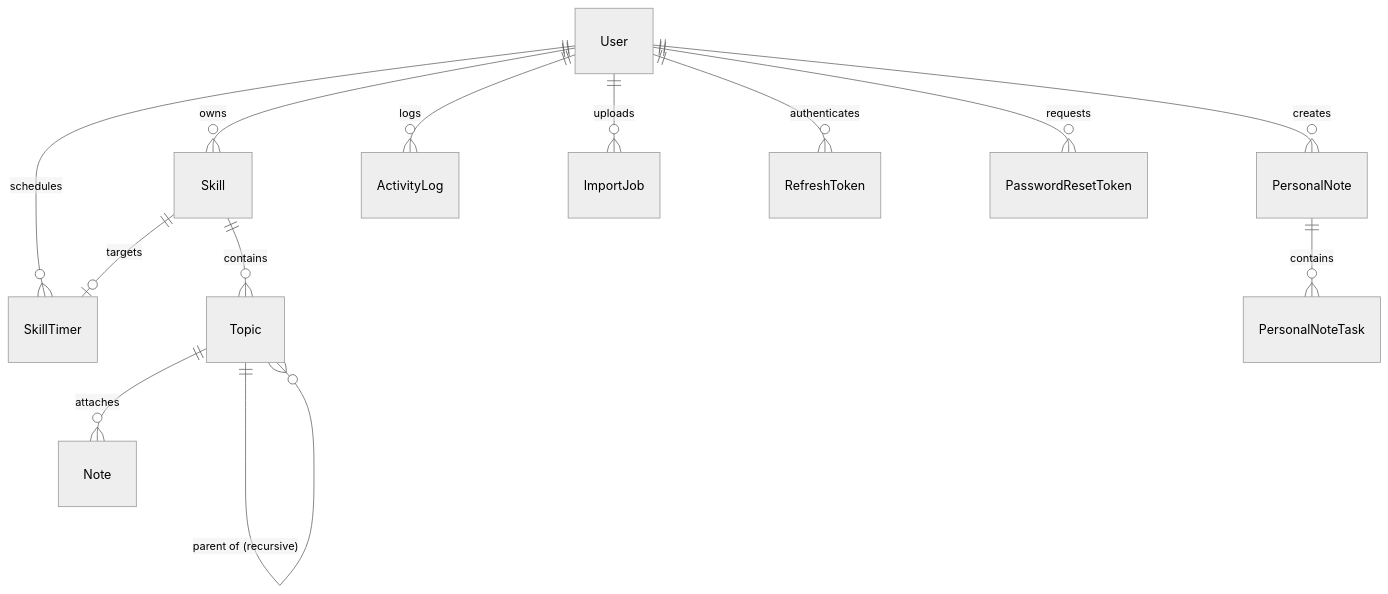
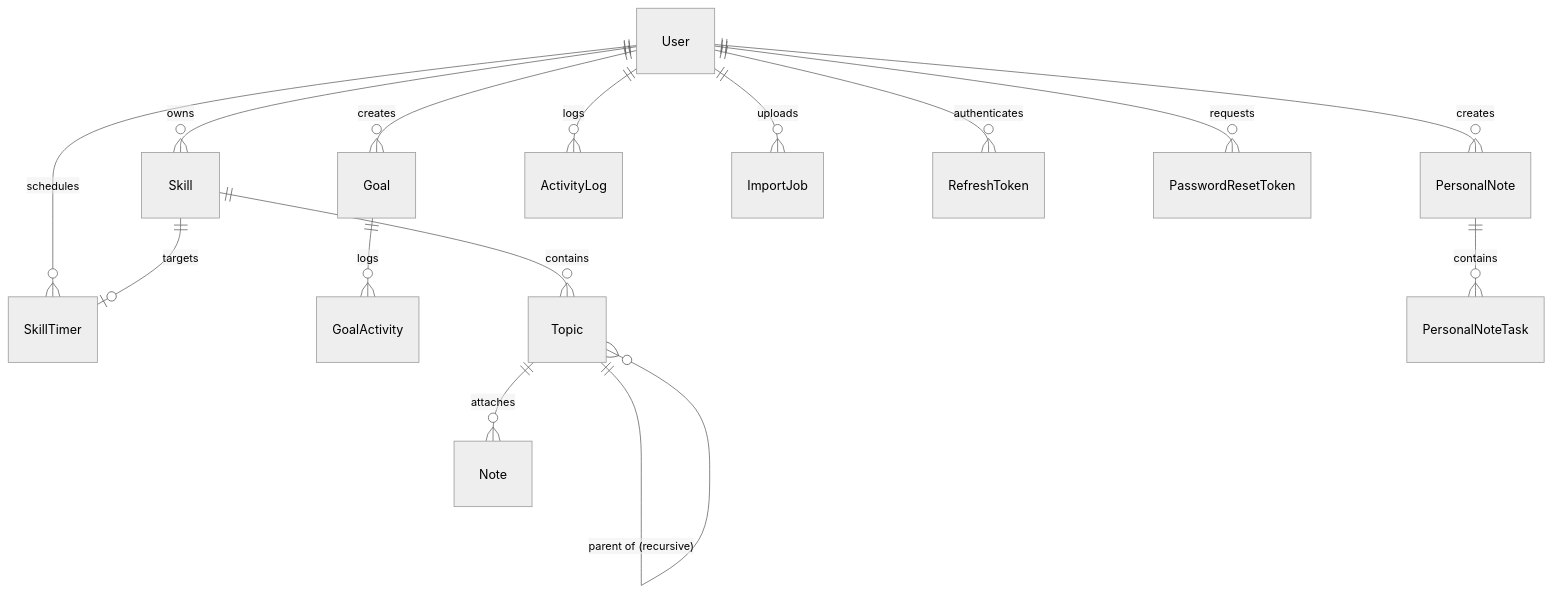
Before and after one commit to riteesh800/progress-tracker: the diagram in README.md, drawn with Mermaid (neutral theme). The commit also changed other lines of this file and 8 other files, not shown here.

````diff
--- a/README.md
+++ b/README.md
@@ -279,18 +366,20 @@
 ```mermaid
 erDiagram
     User ||--o{ Skill : owns
+    User ||--o{ Goal : creates
     User ||--o{ PersonalNote : creates
     User ||--o{ ActivityLog : logs
     User ||--o{ ImportJob : uploads
     User ||--o{ RefreshToken : authenticates
     User ||--o{ PasswordResetToken : requests
     User ||--o{ SkillTimer : schedules
 
+    Goal ||--o{ GoalActivity : logs
     Skill ||--o{ Topic : contains
     Skill ||--o| SkillTimer : targets
     
     Topic ||--o{ Topic : "parent of (recursive)"
     Topic ||--o{ Note : attaches
     
     PersonalNote ||--o{ PersonalNoteTask : contains
 ```
````
